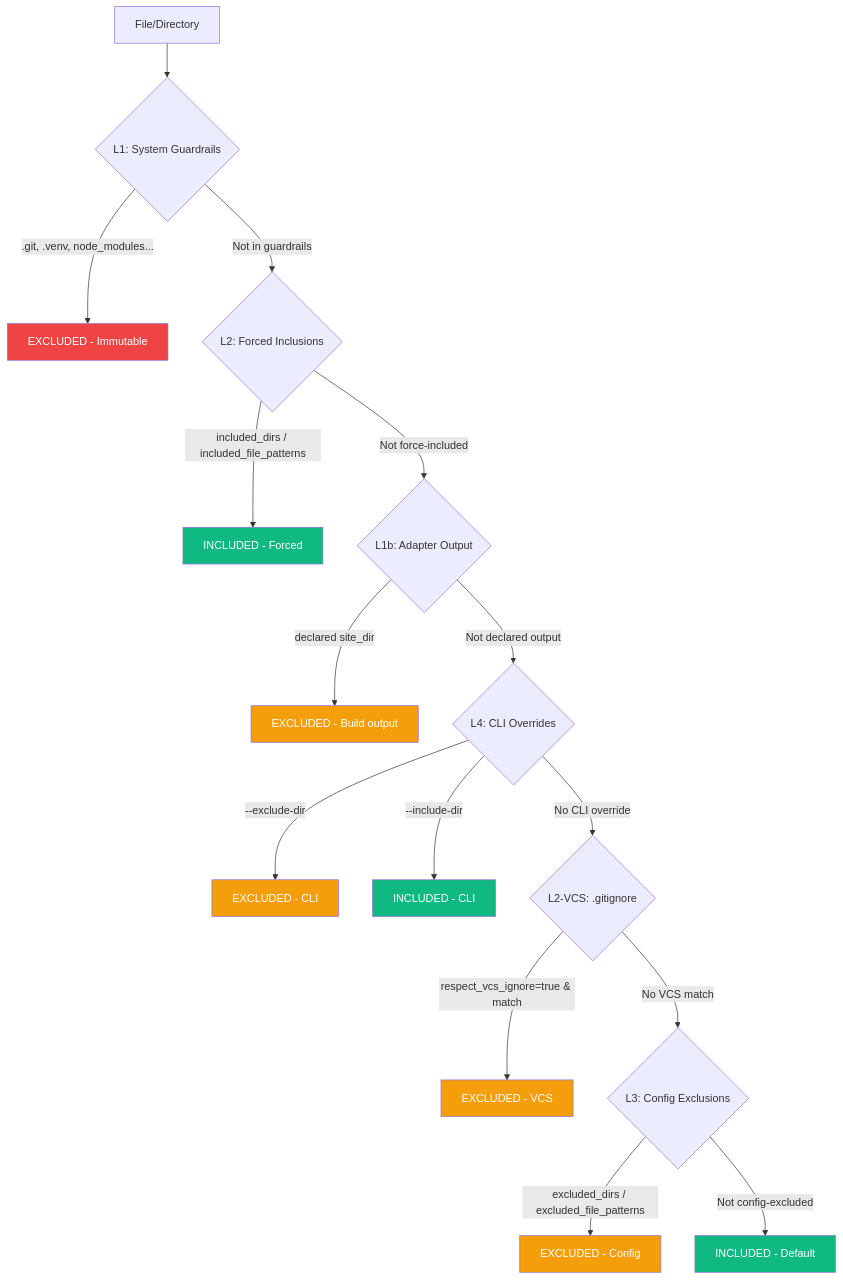
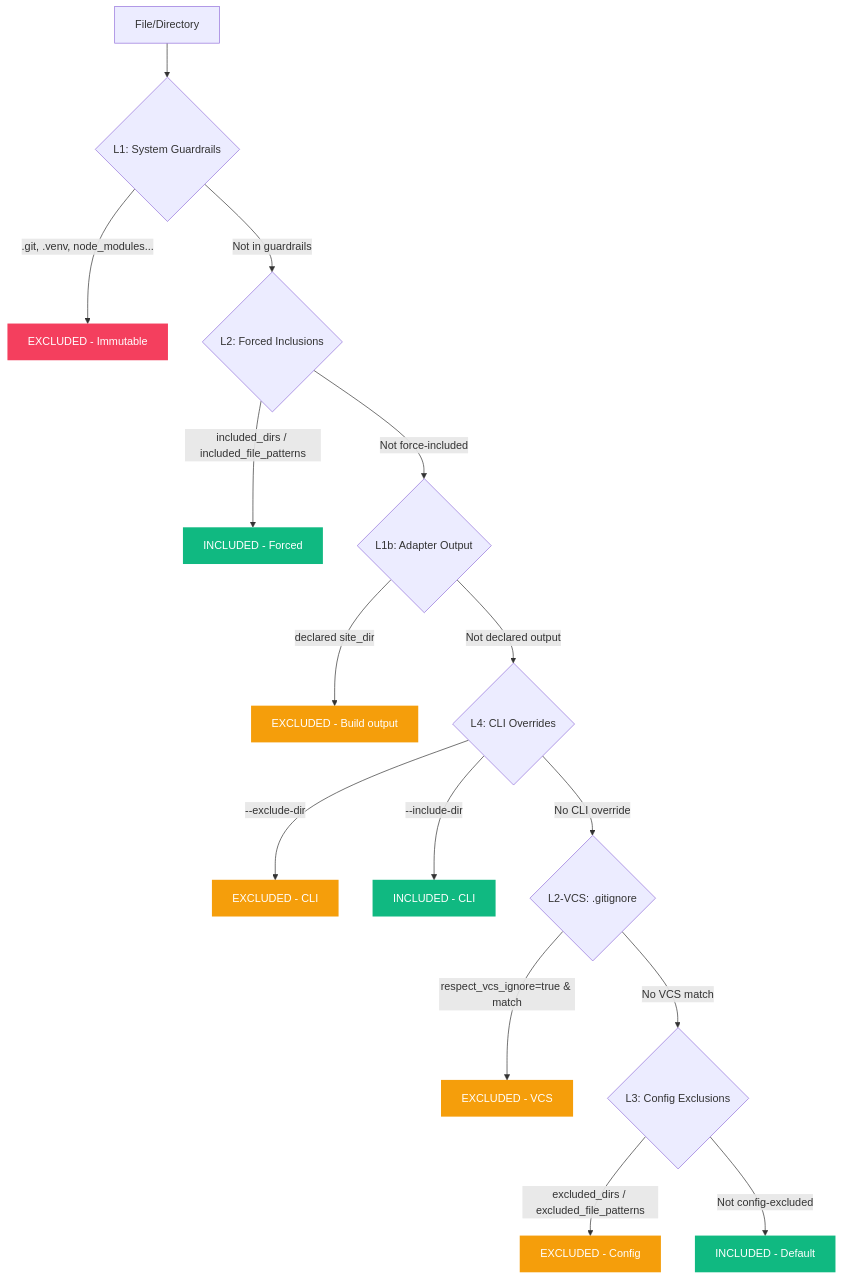
Before and after one commit to PythonWoods-Dev/zenzic: the diagram in docs/explanation/discovery.md, drawn with Mermaid. The commit also changed 11 other files, not shown here.

````diff
--- a/docs/explanation/discovery.md
+++ b/docs/explanation/discovery.md
@@ -223,26 +223,26 @@
 ```mermaid
 flowchart TD
     FILE[File/Directory] --> L1{L1: System Guardrails}
     L1 -->|".git, .venv, node_modules..."| EXCLUDED_L1[EXCLUDED - Immutable]
     L1 -->|Not in guardrails| L2{L2: Forced Inclusions}
     L2 -->|"included_dirs / included_file_patterns"| INCLUDED_L2[INCLUDED - Forced]
     L2 -->|Not force-included| L1B{L1b: Adapter Output}
     L1B -->|"declared site_dir"| EXCLUDED_L1B[EXCLUDED - Build output]
     L1B -->|Not declared output| L4{L4: CLI Overrides}
     L4 -->|"--exclude-dir"| EXCLUDED_L4[EXCLUDED - CLI]
     L4 -->|"--include-dir"| INCLUDED_L4[INCLUDED - CLI]
     L4 -->|No CLI override| L2VCS{L2-VCS: .gitignore}
     L2VCS -->|"respect_vcs_ignore=true & match"| EXCLUDED_VCS[EXCLUDED - VCS]
     L2VCS -->|No VCS match| L3{L3: Config Exclusions}
     L3 -->|"excluded_dirs / excluded_file_patterns"| EXCLUDED_L3[EXCLUDED - Config]
     L3 -->|Not config-excluded| INCLUDED[INCLUDED - Default]
 
-    style EXCLUDED_L1 fill:#ef4444,color:#fff
-    style EXCLUDED_VCS fill:#f59e0b,color:#fff
-    style EXCLUDED_L3 fill:#f59e0b,color:#fff
-    style EXCLUDED_L4 fill:#f59e0b,color:#fff
-    style EXCLUDED_L1B fill:#f59e0b,color:#fff
-    style INCLUDED_L2 fill:#10b981,color:#fff
-    style INCLUDED_L4 fill:#10b981,color:#fff
-    style INCLUDED fill:#10b981,color:#fff
+    classDef entry fill:#4f46e5,color:#fff,stroke-width:0px
+    classDef data fill:#38bdf8,color:#fff,stroke-width:0px
+    classDef ok fill:#10b981,color:#fff,stroke-width:0px
+    classDef gate fill:#f59e0b,color:#fff,stroke-width:0px
+    classDef danger fill:#f43f5e,color:#fff,stroke-width:0px
+    class INCLUDED_L2,INCLUDED_L4,INCLUDED ok
+    class EXCLUDED_VCS,EXCLUDED_L3,EXCLUDED_L4,EXCLUDED_L1B gate
+    class EXCLUDED_L1 danger
 ```
````
